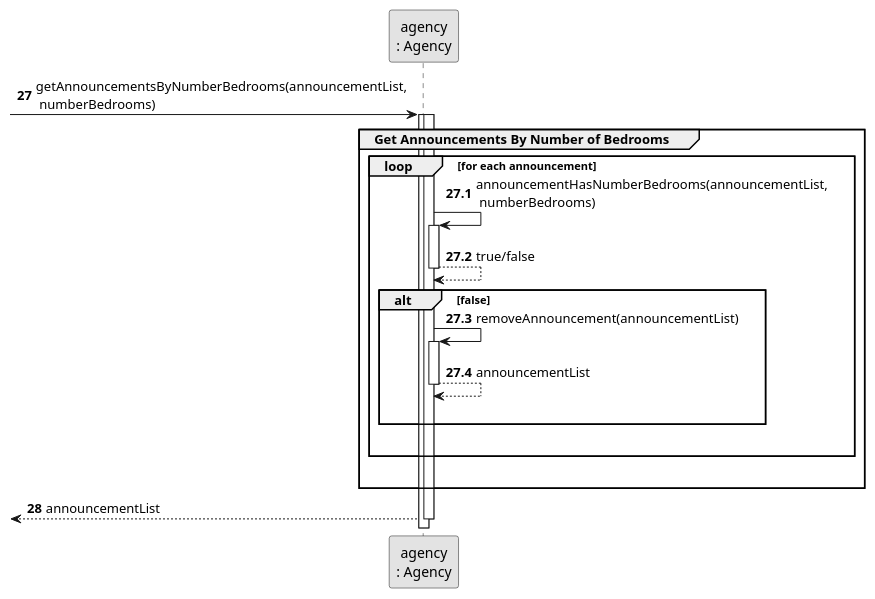
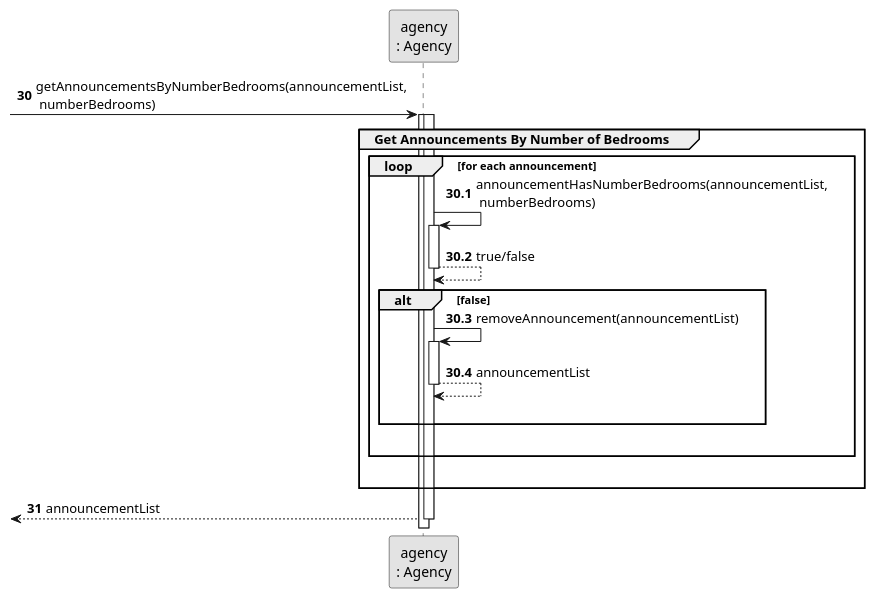
One commit to rita-barbosa/LAPR2-2223 changed the diagram in docs/sprintB/us001/03.design/puml/us001-sequence-diagram-partial-get-announcements-by-number-bedrooms.puml. Above: the diagram before and after it, drawn with PlantUML. The commit also changed 15 other files, not shown here.

Commit message:
Update Sequence Diagram [US001][Design].

```diff
--- a/docs/sprintB/us001/03.design/puml/us001-sequence-diagram-partial-get-announcements-by-number-bedrooms.puml
+++ b/docs/sprintB/us001/03.design/puml/us001-sequence-diagram-partial-get-announcements-by-number-bedrooms.puml
@@ -1,43 +1,43 @@
 @startuml
 skinparam monochrome true
 skinparam packageStyle rectangle
 skinparam shadowing false
 
 participant "agency\n: Agency" as AGENCY
 
-autonumber 27
+autonumber 30
 -> AGENCY : getAnnouncementsByNumberBedrooms(announcementList,\n numberBedrooms)
 activate AGENCY
 
-autonumber 27.1
+autonumber 30.1
 activate AGENCY
     group Get Announcements By Number of Bedrooms
 
         loop for each announcement
 
                 AGENCY -> AGENCY : announcementHasNumberBedrooms(announcementList,\n numberBedrooms)
                 activate AGENCY
 
                 AGENCY --> AGENCY: true/false
                 deactivate AGENCY
 
                 alt false
                 AGENCY -> AGENCY : removeAnnouncement(announcementList)
                 activate AGENCY
 
                 AGENCY --> AGENCY: announcementList
                 deactivate AGENCY
             |||
             end
         |||
         end
     |||
     end
 
-    autonumber 28
+    autonumber 31
 
     <-- AGENCY : announcementList
 deactivate AGENCY
 
 
 @enduml
```
